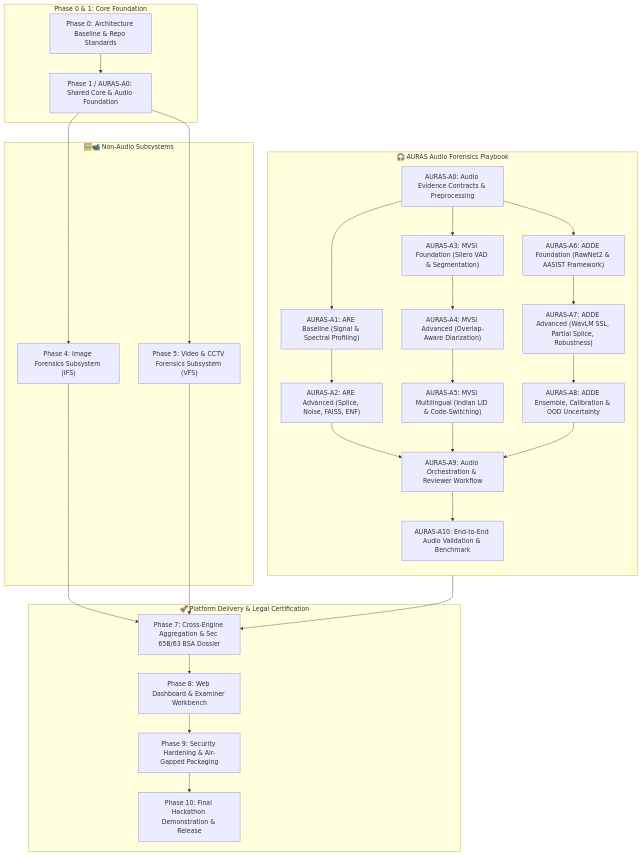
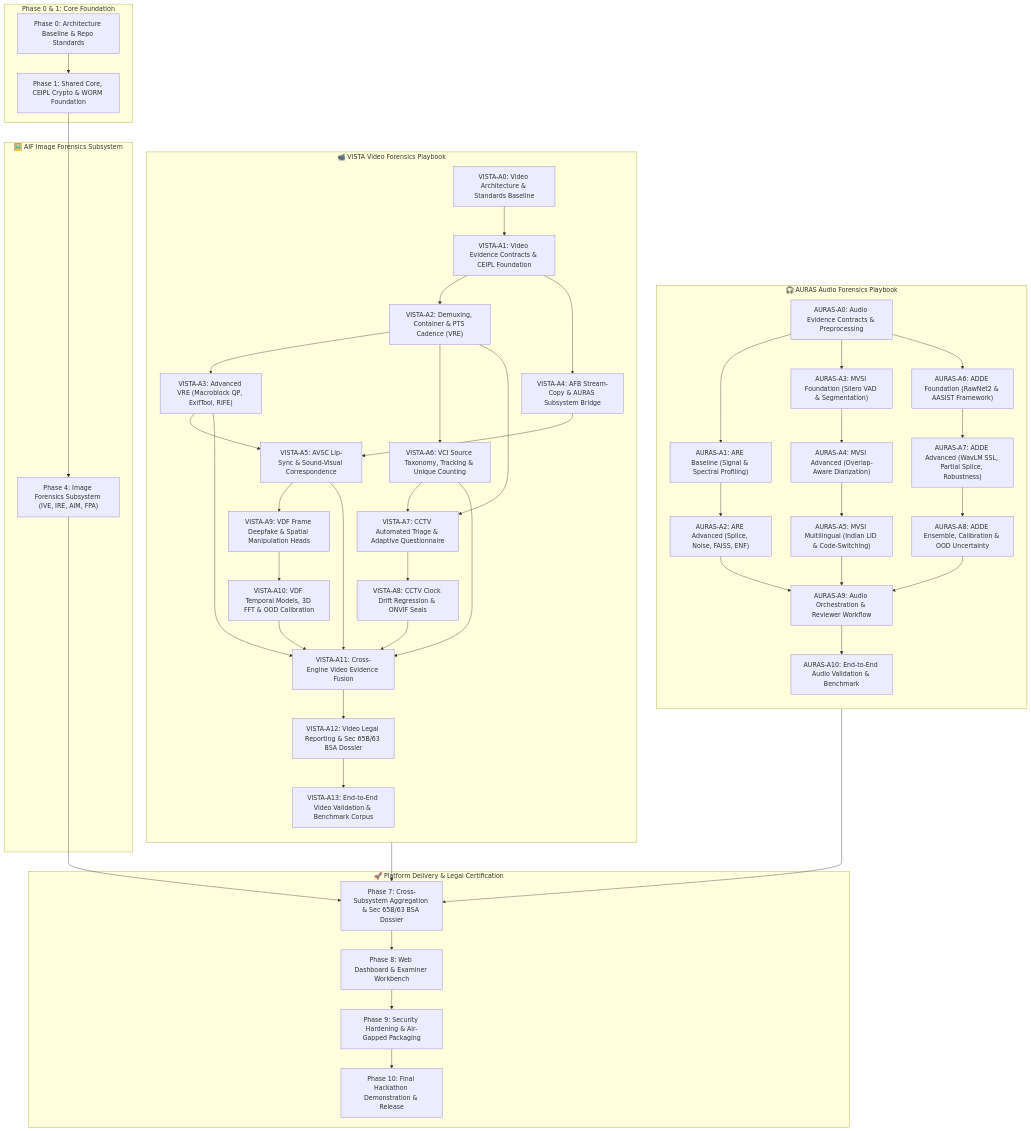
The first of 13 diagrams in PHASES.md (Subhadip-Paul2006/BHack-Docs), drawn with Mermaid before and after one commit. The commit also changed other lines of this file and 3 other files, not shown here.

````diff
--- a/PHASES.md
+++ b/PHASES.md
@@ -16,35 +20,55 @@
 ```mermaid
 flowchart TD
     subgraph FOUNDATION["Phase 0 & 1: Core Foundation"]
-        P0["Phase 0: Architecture Baseline & Repo Standards"] --> P1["Phase 1 / AURAS-A0: Shared Core & Audio Foundation"]
+        P0["Phase 0: Architecture Baseline & Repo Standards"] --> P1["Phase 1: Shared Core, CEIPL Crypto & WORM Foundation"]
     end
 
     subgraph AUDIO_WORKSTREAM["🎧 AURAS Audio Forensics Playbook"]
         direction TB
         A0["AURAS-A0: Audio Evidence Contracts & Preprocessing"] --> A1["AURAS-A1: ARE Baseline (Signal & Spectral Profiling)"]
         A1 --> A2["AURAS-A2: ARE Advanced (Splice, Noise, FAISS, ENF)"]
         
         A0 --> A3["AURAS-A3: MVSI Foundation (Silero VAD & Segmentation)"]
         A3 --> A4["AURAS-A4: MVSI Advanced (Overlap-Aware Diarization)"]
         A4 --> A5["AURAS-A5: MVSI Multilingual (Indian LID & Code-Switching)"]
         
         A0 --> A6["AURAS-A6: ADDE Foundation (RawNet2 & AASIST Framework)"]
         A6 --> A7["AURAS-A7: ADDE Advanced (WavLM SSL, Partial Splice, Robustness)"]
         A7 --> A8["AURAS-A8: ADDE Ensemble, Calibration & OOD Uncertainty"]
         
         A2 & A5 & A8 --> A9["AURAS-A9: Audio Orchestration & Reviewer Workflow"]
         A9 --> A10["AURAS-A10: End-to-End Audio Validation & Benchmark"]
     end
 
-    subgraph NON_AUDIO_WORKSTREAM["🖼️📹 Non-Audio Subsystems"]
-        P1 --> P4["Phase 4: Image Forensics Subsystem (IFS)"]
-        P1 --> P5["Phase 5: Video & CCTV Forensics Subsystem (VFS)"]
+    subgraph VIDEO_WORKSTREAM["📹 VISTA Video Forensics Playbook"]
+        direction TB
+        VA0["VISTA-A0: Video Architecture & Standards Baseline"] --> VA1["VISTA-A1: Video Evidence Contracts & CEIPL Foundation"]
+        VA1 --> VA2["VISTA-A2: Demuxing, Container & PTS Cadence (VRE)"]
+        VA2 --> VA3["VISTA-A3: Advanced VRE (Macroblock QP, ExifTool, RIFE)"]
+        
+        VA1 --> VA4["VISTA-A4: AFB Stream-Copy & AURAS Subsystem Bridge"]
+        VA3 & VA4 --> VA5["VISTA-A5: AVSC Lip-Sync & Sound-Visual Correspondence"]
+        
+        VA2 --> VA6["VISTA-A6: VCI Source Taxonomy, Tracking & Unique Counting"]
+        VA2 & VA6 --> VA7["VISTA-A7: CCTV Automated Triage & Adaptive Questionnaire"]
+        VA7 --> VA8["VISTA-A8: CCTV Clock Drift Regression & ONVIF Seals"]
+        
+        VA5 --> VA9["VISTA-A9: VDF Frame Deepfake & Spatial Manipulation Heads"]
+        VA9 --> VA10["VISTA-A10: VDF Temporal Models, 3D FFT & OOD Calibration"]
+        
+        VA3 & VA5 & VA6 & VA8 & VA10 --> VA11["VISTA-A11: Cross-Engine Video Evidence Fusion"]
+        VA11 --> VA12["VISTA-A12: Video Legal Reporting & Sec 65B/63 BSA Dossier"]
+        VA12 --> VA13["VISTA-A13: End-to-End Video Validation & Benchmark Corpus"]
+    end
+
+    subgraph IMAGE_WORKSTREAM["🖼️ AIF Image Forensics Subsystem"]
+        P1 --> P4["Phase 4: Image Forensics Subsystem (IVE, IRE, AIM, FPA)"]
     end
 
     subgraph PLATFORM_DELIVERY["🚀 Platform Delivery & Legal Certification"]
-        A10 & P4 & P5 --> P7["Phase 7: Cross-Engine Aggregation & Sec 65B/63 BSA Dossier"]
+        A10 & VA13 & P4 --> P7["Phase 7: Cross-Subsystem Aggregation & Sec 65B/63 BSA Dossier"]
         P7 --> P8["Phase 8: Web Dashboard & Examiner Workbench"]
         P8 --> P9["Phase 9: Security Hardening & Air-Gapped Packaging"]
         P9 --> P10["Phase 10: Final Hackathon Demonstration & Release"]
     end
 ```
````
